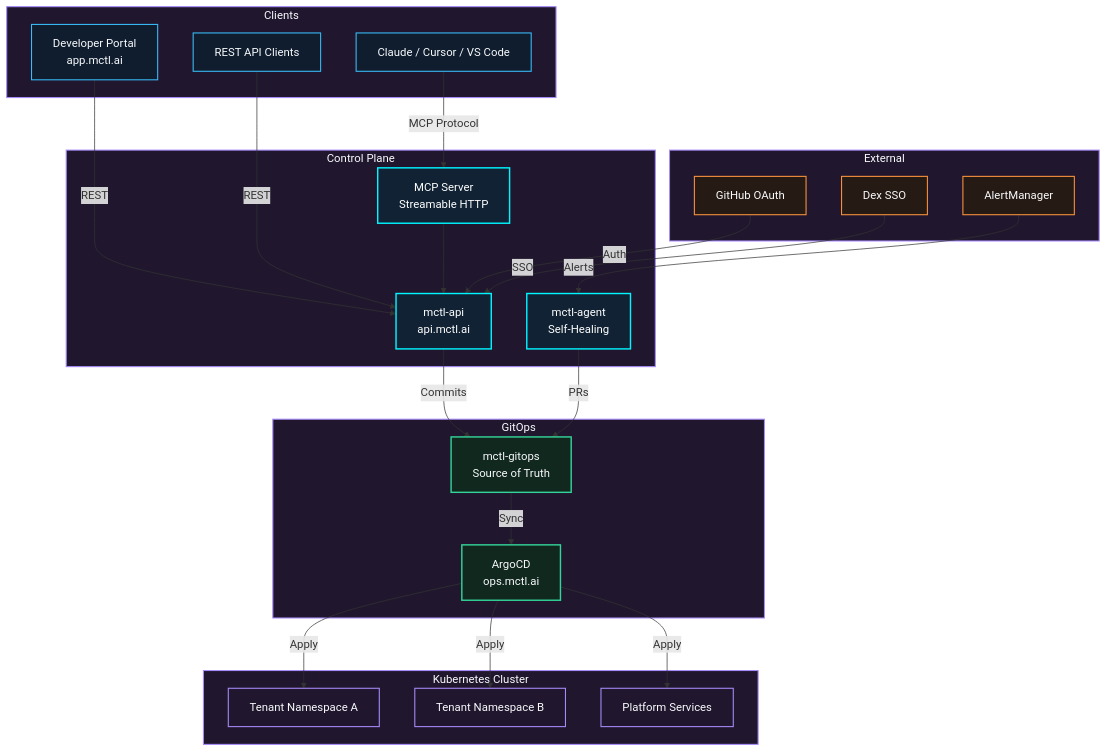
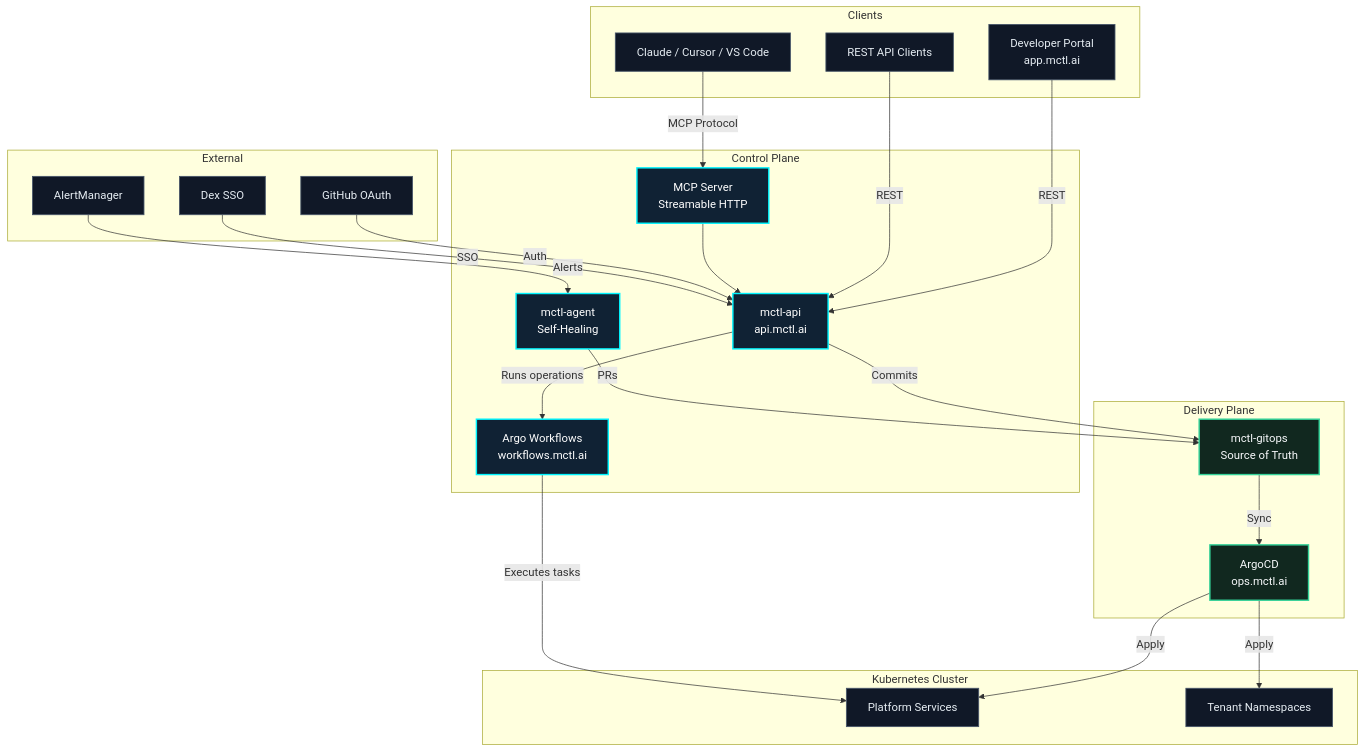
One commit to mctlhq/mctl-docs changed the diagram in docs/platform/architecture.md. Above: the diagram before and after it, drawn with Mermaid.

Commit message:
fix(docs): soften architecture diagram and add workflows

````diff
--- a/docs/platform/architecture.md
+++ b/docs/platform/architecture.md
@@ -7,59 +7,56 @@
 ```mermaid
 graph TB
-    classDef clients fill:#0f1d2e,stroke:#38bdf8,color:#f8fafc,stroke-width:1.5px
-    classDef control fill:#102234,stroke:#00f5ff,color:#ffffff,stroke-width:2px
-    classDef gitops fill:#11281f,stroke:#34d399,color:#f8fafc,stroke-width:2px
-    classDef cluster fill:#20172e,stroke:#a78bfa,color:#f8fafc,stroke-width:1.5px
-    classDef external fill:#261b14,stroke:#fb923c,color:#f8fafc,stroke-width:1.5px
+    classDef core fill:#102234,stroke:#00f5ff,color:#ffffff,stroke-width:2px
+    classDef delivery fill:#11281f,stroke:#34d399,color:#f8fafc,stroke-width:2px
+    classDef muted fill:#101827,stroke:#475569,color:#e6edf3,stroke-width:1.2px
 
     subgraph Clients
         clientClaude["Claude / Cursor / VS Code"]
         clientPortal["Developer Portal\napp.mctl.ai"]
         clientApi["REST API Clients"]
     end
 
     subgraph "Control Plane"
         controlMcp["MCP Server\nStreamable HTTP"]
         controlApi["mctl-api\napi.mctl.ai"]
         controlAgent["mctl-agent\nSelf-Healing"]
+        controlWorkflows["Argo Workflows\nworkflows.mctl.ai"]
     end
 
-    subgraph "GitOps"
+    subgraph "Delivery Plane"
         gitopsRepo["mctl-gitops\nSource of Truth"]
         gitopsArgo["ArgoCD\nops.mctl.ai"]
     end
 
     subgraph "Kubernetes Cluster"
-        clusterNsA["Tenant Namespace A"]
-        clusterNsB["Tenant Namespace B"]
         clusterPlatform["Platform Services"]
+        clusterTenants["Tenant Namespaces"]
     end
 
     subgraph "External"
         externalGithub["GitHub OAuth"]
         externalDex["Dex SSO"]
         externalAlertmanager["AlertManager"]
     end
 
-    class clientClaude,clientPortal,clientApi clients
-    class controlMcp,controlApi,controlAgent control
-    class gitopsRepo,gitopsArgo gitops
-    class clusterNsA,clusterNsB,clusterPlatform cluster
-    class externalGithub,externalDex,externalAlertmanager external
+    class controlMcp,controlApi,controlAgent,controlWorkflows core
+    class gitopsRepo,gitopsArgo delivery
+    class clientClaude,clientPortal,clientApi,clusterPlatform,clusterTenants,externalGithub,externalDex,externalAlertmanager muted
 
     clientClaude -->|MCP Protocol| controlMcp
     clientPortal -->|REST| controlApi
     clientApi -->|REST| controlApi
     controlMcp --> controlApi
 
     controlApi -->|Commits| gitopsRepo
+    controlApi -->|Runs operations| controlWorkflows
     controlAgent -->|PRs| gitopsRepo
     gitopsRepo -->|Sync| gitopsArgo
-    gitopsArgo -->|Apply| clusterNsA
-    gitopsArgo -->|Apply| clusterNsB
     gitopsArgo -->|Apply| clusterPlatform
+    gitopsArgo -->|Apply| clusterTenants
+    controlWorkflows -->|Executes tasks| clusterPlatform
 
     externalGithub -->|Auth| controlApi
     externalDex -->|SSO| controlApi
     externalAlertmanager -->|Alerts| controlAgent
 ```
````
